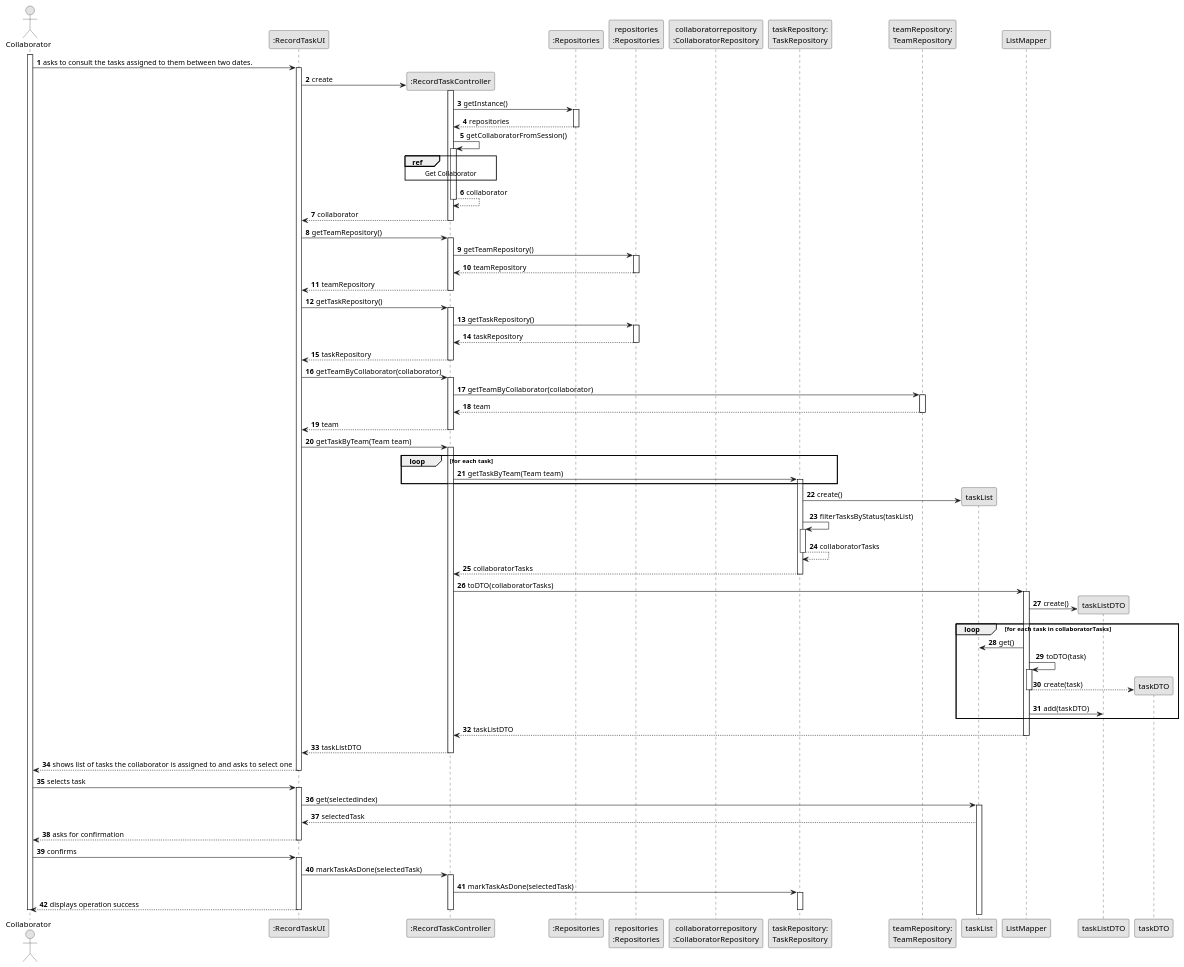
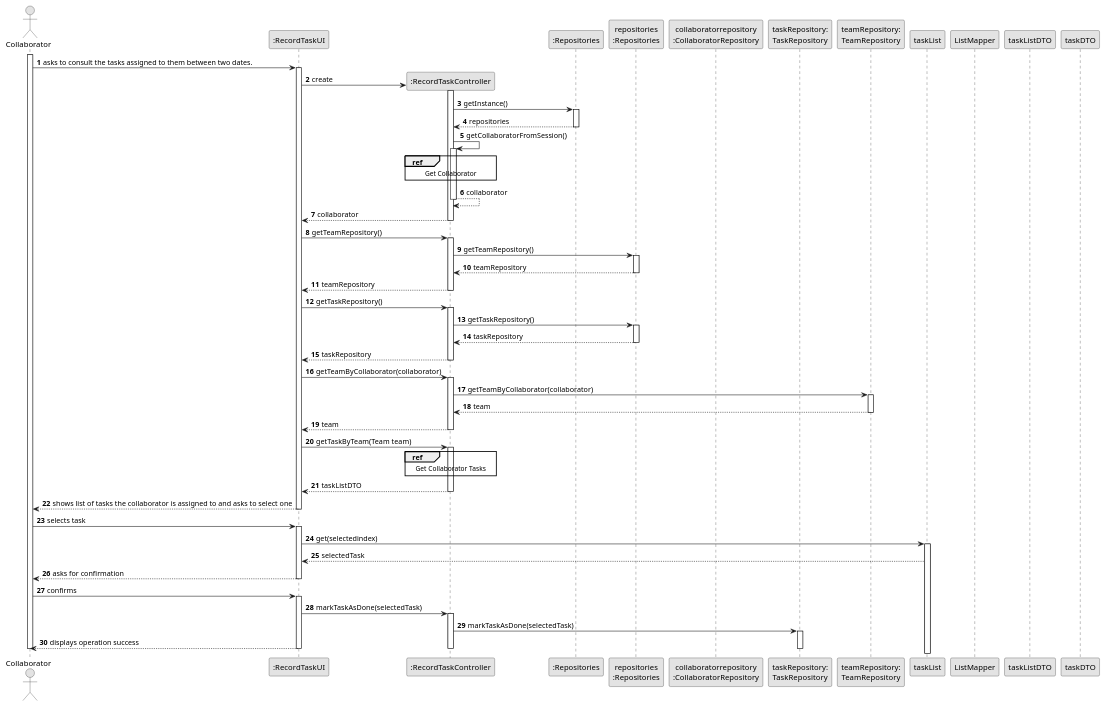
The diagram in docs/sprint3/us029/03.design/puml/us029-sequence-diagram-full.puml (tiagosoa/lei-24-s2-1dgh-g073), drawn with PlantUML before and after one commit. The commit also changed 20 other files, not shown here.

```diff
--- a/docs/sprint3/us029/03.design/puml/us029-sequence-diagram-full.puml
+++ b/docs/sprint3/us029/03.design/puml/us029-sequence-diagram-full.puml
@@ -1,169 +1,133 @@
 @startuml
 skinparam monochrome true
 skinparam packageStyle rectangle
 skinparam shadowing false
 
 autonumber
 
 'hide footbox
 actor "Collaborator" as ADM
 participant ":RecordTaskUI" as UI
 participant ":RecordTaskController" as CTRL
 participant ":Repositories" as RepositorySingleton
 participant "repositories\n:Repositories" as PLAT
 participant "collaboratorrepository\n:CollaboratorRepository" as CR
 participant "taskRepository:\nTaskRepository" as TAR
 participant "teamRepository:\nTeamRepository" as TER
 participant "taskList" as TL
 participant "ListMapper" as LM
 participant "taskListDTO" as TLDTO
 participant "taskDTO" as TDTO
 
 
 activate ADM
 
         ADM -> UI : asks to consult the tasks assigned to them between two dates.
 
         activate UI
 
 '            UI --> ADM : requests data (reference, description,  informal \n description, technical description, duration, cost)
             'create CTRL
             UI -> CTRL** : create
             activate CTRL
 
                                   CTRL -> RepositorySingleton : getInstance()
                                                     activate RepositorySingleton
 
                                                         RepositorySingleton --> CTRL: repositories
                                                     deactivate RepositorySingleton
 
                                                      CTRL -> CTRL : getCollaboratorFromSession()
                                                      activate CTRL
 
                                                      ref over CTRL
                                                      Get Collaborator
                                                      end
 
                                                          CTRL --> CTRL : collaborator
                                                      deactivate CTRL
 
                                                      CTRL --> UI : collaborator
                                                      deactivate CTRL
 
             UI -> CTRL : getTeamRepository()
             activate CTRL
 
                 CTRL -> PLAT : getTeamRepository()
                 activate PLAT
 
            PLAT --> CTRL : teamRepository
            deactivate PLAT
 
            CTRL --> UI : teamRepository
            deactivate CTRL
 
                        UI -> CTRL : getTaskRepository()
                        activate CTRL
 
                            CTRL -> PLAT : getTaskRepository()
                            activate PLAT
 
                       PLAT --> CTRL : taskRepository
                       deactivate PLAT
 
                       CTRL --> UI : taskRepository
                       deactivate CTRL
 
                     UI -> CTRL : getTeamByCollaborator(collaborator)
                     activate CTRL
 
                         CTRL -> TER : getTeamByCollaborator(collaborator)
                         activate TER
 
                    TER --> CTRL : team
                    deactivate TER
 
                    CTRL --> UI : team
                    deactivate CTRL
             UI -> CTRL: getTaskByTeam(Team team)
             activate CTRL
 
-            loop for each task
-                CTRL -> TAR : getTaskByTeam(Team team)
-                activate TAR
+            ref over CTRL
+            Get Collaborator Tasks
             end
-
-
-            TAR -> TL**: create()
-
-
-           TAR -> TAR: filterTasksByStatus(taskList)
-           activate TAR
-
-           TAR --> TAR: collaboratorTasks
-           deactivate TAR
-
-            TAR --> CTRL: collaboratorTasks
-            deactivate TAR
-
-            CTRL -> LM: toDTO(collaboratorTasks)
-            activate LM
-
-            LM -> TLDTO**: create()
-
-            loop for each task in collaboratorTasks
-
-            LM -> TL: get()
-
-            LM -> LM: toDTO(task)
-            activate LM
-
-            LM --> TDTO**: create(task)
-            deactivate LM
-
-            LM -> TLDTO: add(taskDTO)
-            end
-
-                            LM --> CTRL : taskListDTO
-
-                        deactivate LM
 
                         CTRL --> UI : taskListDTO
                         deactivate CTRL
         UI --> ADM: shows list of tasks the collaborator is assigned to and asks to select one
         deactivate UI
 
         ADM -> UI: selects task
         activate UI
 
         UI -> TL: get(selectedindex)
         activate TL
 
         TL --> UI: selectedTask
 
                 UI --> ADM: asks for confirmation
                 deactivate UI
 
                 ADM -> UI: confirms
                 activate UI
 
 
 
 
 
 
         UI -> CTRL : markTaskAsDone(selectedTask)
         activate CTRL
 
         CTRL -> TAR : markTaskAsDone(selectedTask)
         activate TAR
 
 
             UI --> ADM: displays operation success
             deactivate CTRL
             deactivate TAR
     deactivate UI
 
 deactivate ADM
 
 @enduml
```
